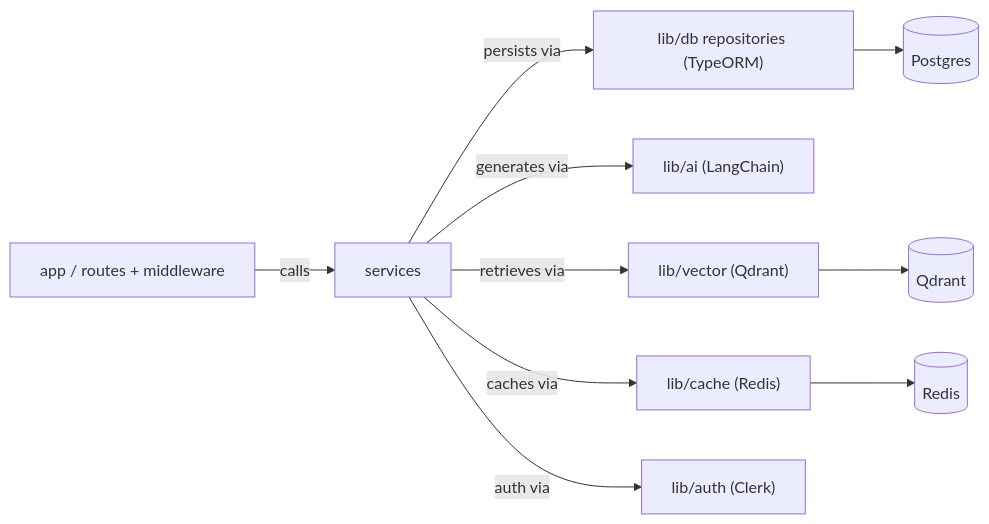
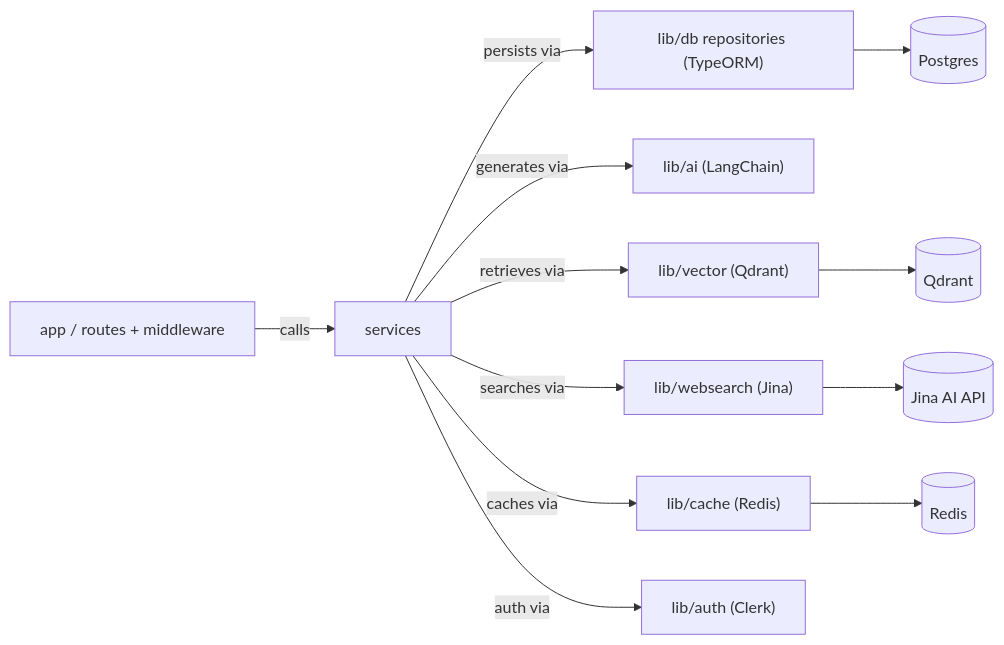
One commit to Glitch-guy0/chaiGPT changed the second of 2 diagrams in _bmad-output/planning-artifacts/01-package.md. Above: the diagram before and after it, drawn with Mermaid. The commit also changed other lines of this file and 8 other files, not shown here.

````diff
--- a/_bmad-output/planning-artifacts/01-package.md
+++ b/_bmad-output/planning-artifacts/01-package.md
@@ -133,12 +151,14 @@
 ```mermaid
 flowchart LR
     A["app / routes + middleware"] -->|calls| B["services"]
     B -->|persists via| R["lib/db repositories (TypeORM)"]
     B -->|generates via| AI["lib/ai (LangChain)"]
     B -->|retrieves via| V["lib/vector (Qdrant)"]
+    B -->|searches via| WS["lib/websearch (Jina)"]
     B -->|caches via| C["lib/cache (Redis)"]
     B -->|auth via| AUTH["lib/auth (Clerk)"]
     R --> DB[("Postgres")]
     V --> Q[("Qdrant")]
     C --> RED[("Redis")]
+    WS --> JINA[("Jina AI API")]
 ```
````
